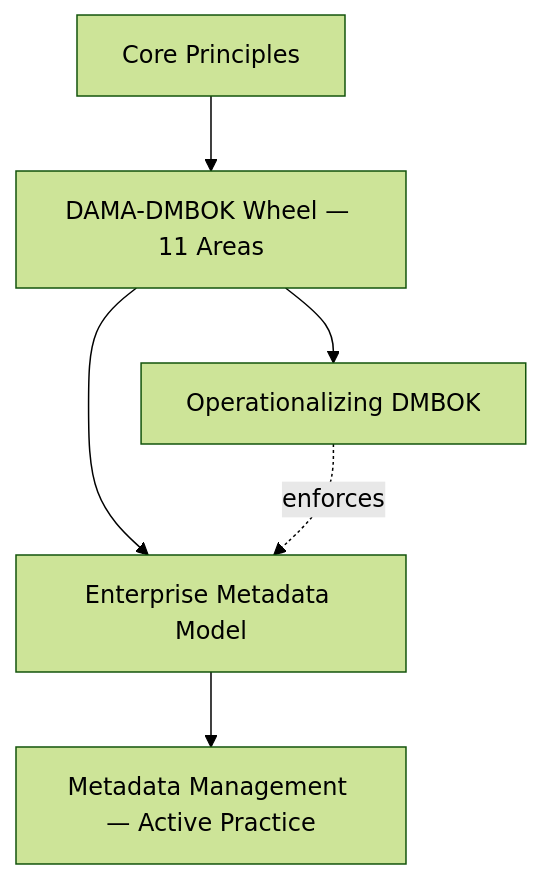
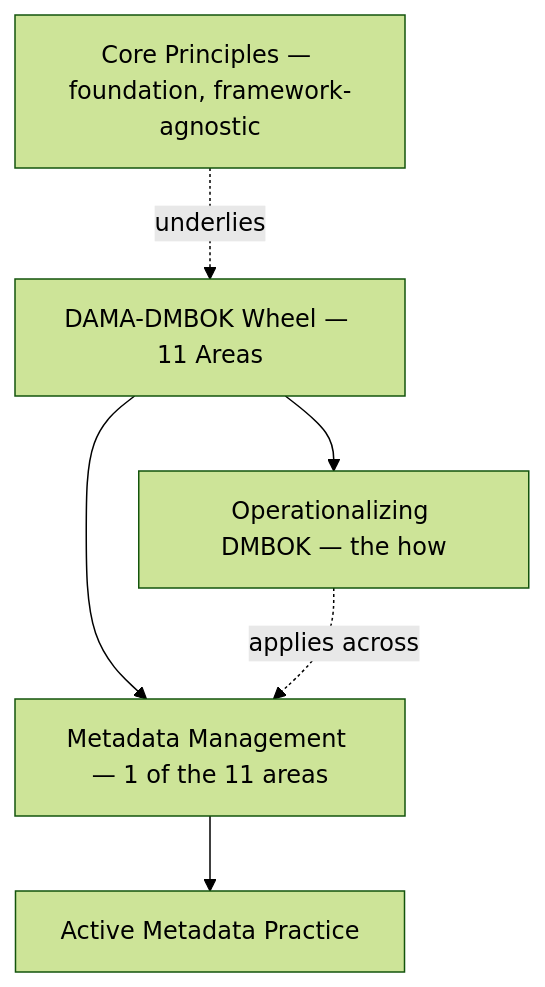
One commit to Sunparus/ai-native-product-ops changed the diagram in docs/domains/data-governance/index.md. Above: the diagram before and after it, drawn with Mermaid (forest theme). The commit also changed 2 other files, not shown here.

Commit message:
Fix directional/labeling errors in domain schemas per QA review
- AI Architecture: relabel 'Request Flow' -> 'System Layers' (the
  diagram shows build-time dependency order, not live request path)
- Data Governance: reverse Core Principles arrow (foundation underlies
  DMBOK, doesn't feed into it); explicitly show Metadata Management as
  one of the 11 DMBOK areas rather than a separate related concept
- Sovereignty & Infrastructure: show Residency and Sovereignty as
  distinct parallel dimensions, not a sequential/causal pair

AI Security and Lean & Engineering schemas reviewed and passed as-is.

````diff
--- a/docs/domains/data-governance/index.md
+++ b/docs/domains/data-governance/index.md
@@ -11,8 +11,8 @@
 ```mermaid
 flowchart TB
-    PRIN[Core Principles] --> GOV[DAMA-DMBOK Wheel — 11 Areas]
-    GOV --> OPS[Operationalizing DMBOK]
-    GOV --> META[Enterprise Metadata Model]
-    META --> ACTIVE[Metadata Management — Active Practice]
-    OPS -.enforces.-> META
+    PRIN[Core Principles — foundation, framework-agnostic] -.underlies.-> GOV
+    GOV[DAMA-DMBOK Wheel — 11 Areas] --> META["Metadata Management — 1 of the 11 areas"]
+    META --> ACTIVE[Active Metadata Practice]
+    GOV --> OPS[Operationalizing DMBOK — the how]
+    OPS -.applies across.-> META
 ```
````
